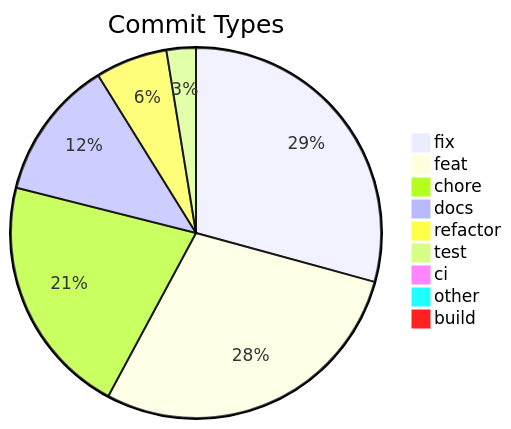
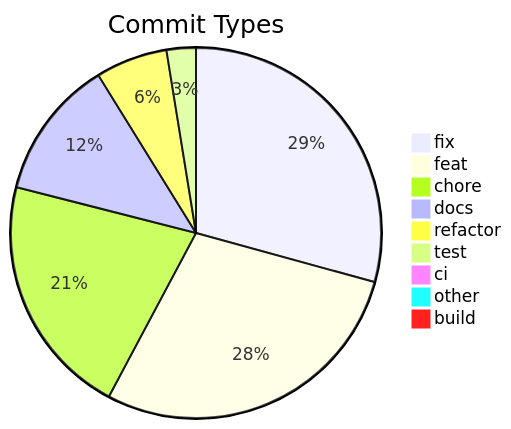
One commit to svenroth-ai/shipwright changed the diagram in .shipwright/compliance/change-history.md. Above: the diagram before and after it, drawn with Mermaid. The commit also changed other lines of this file and 9 other files, not shown here.

````diff
--- a/.shipwright/compliance/change-history.md
+++ b/.shipwright/compliance/change-history.md
@@ -10,12 +10,12 @@
 ```mermaid
 pie title Commit Types
-    "fix" : 354
+    "fix" : 355
     "feat" : 346
-    "chore" : 255
+    "chore" : 257
     "docs" : 148
     "refactor" : 76
     "test" : 31
     "ci" : 11
     "other" : 9
     "build" : 1
 ```
````
